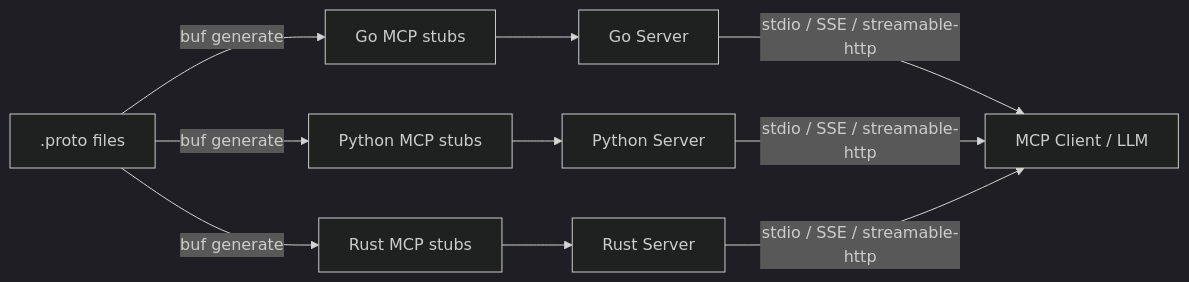
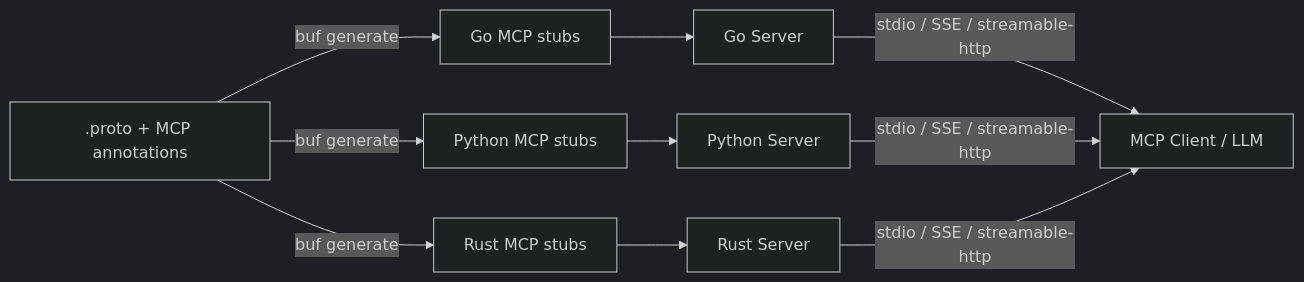
One commit to machanirobotics/grpc-mcp-gateway changed the first of 2 diagrams in README.md. Above: the diagram before and after it, drawn with Mermaid (dark theme). The commit also changed other lines of this file and 120 other files, not shown here.

````diff
--- a/README.md
+++ b/README.md
@@ -13,12 +28,12 @@
 ```mermaid
 graph LR
-    Proto[".proto files"] -->|buf generate| GenGo["Go MCP stubs"]
+    Proto[".proto + MCP annotations"] -->|buf generate| GenGo["Go MCP stubs"]
     Proto -->|buf generate| GenPy["Python MCP stubs"]
     Proto -->|buf generate| GenRs["Rust MCP stubs"]
     GenGo --> GoSrv["Go Server"]
     GenPy --> PySrv["Python Server"]
     GenRs --> RsSrv["Rust Server"]
     GoSrv -->|stdio / SSE / streamable-http| Client["MCP Client / LLM"]
     PySrv -->|stdio / SSE / streamable-http| Client
     RsSrv -->|stdio / SSE / streamable-http| Client
 ```
````
